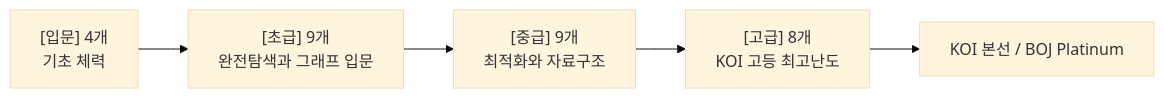
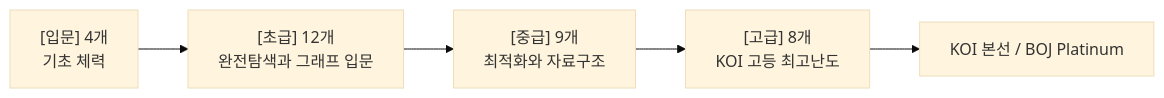
Before and after one commit to PurpleJuice44/webgorithms: the first of 4 diagrams in 목차.md, drawn with Mermaid (base theme). The commit also changed other lines of this file and 3 other files, not shown here.

````diff
--- a/목차.md
+++ b/목차.md
@@ -6,7 +6,7 @@
 ```mermaid
 flowchart LR
-    A["[입문] 4개\n기초 체력"] --> B["[초급] 9개\n완전탐색과 그래프 입문"]
+    A["[입문] 4개\n기초 체력"] --> B["[초급] 12개\n완전탐색과 그래프 입문"]
     B --> C["[중급] 9개\n최적화와 자료구조"]
     C --> D["[고급] 8개\nKOI 고등 최고난도"]
     D --> E["KOI 본선 / BOJ Platinum"]
 ```
````
